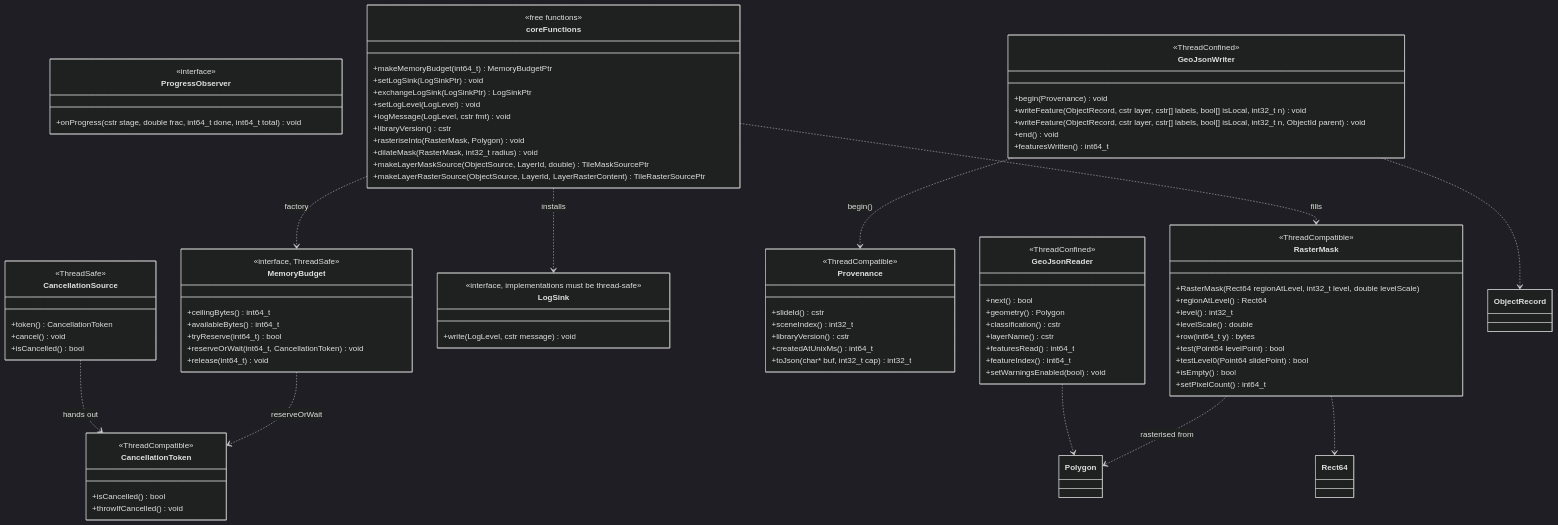
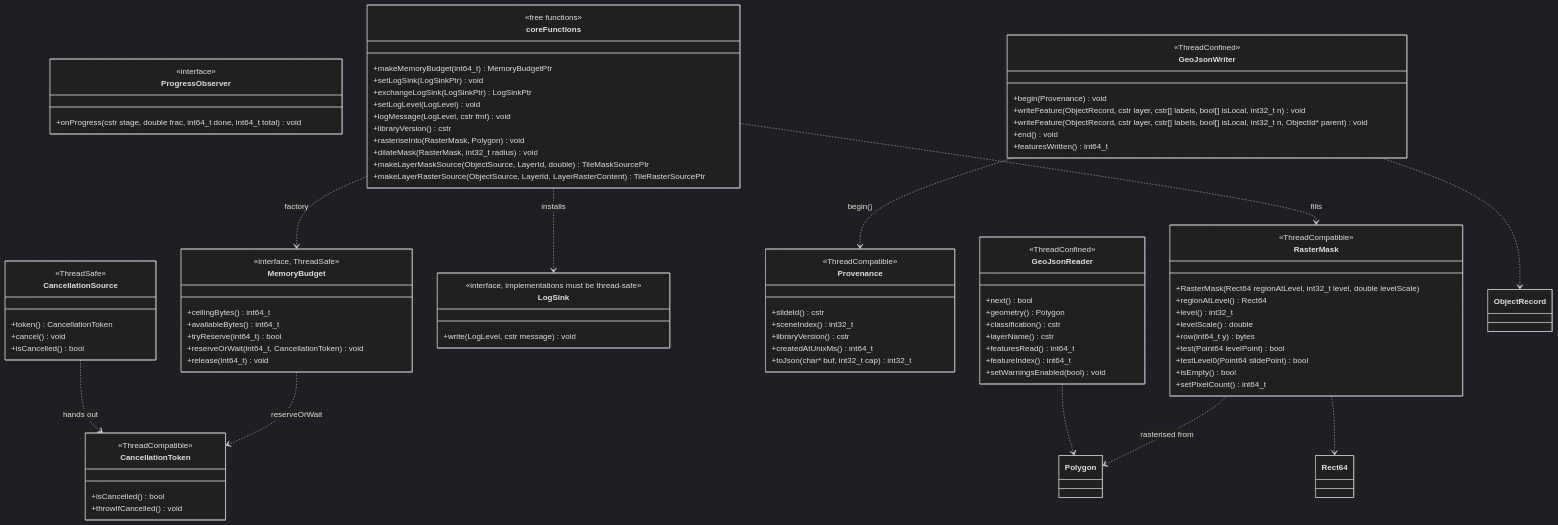
One commit to Booritas/slideio-processor changed the fifth of 14 diagrams in docs/superpowers/specs/sds/08-class-diagrams.md. Above: the diagram before and after it, drawn with Mermaid (dark theme). The commit also changed 18 other files, not shown here.

```diff
--- a/docs/superpowers/specs/sds/08-class-diagrams.md
+++ b/docs/superpowers/specs/sds/08-class-diagrams.md
@@ -542,7 +542,7 @@
         <<ThreadConfined>>
         +begin(Provenance) void
         +writeFeature(ObjectRecord, cstr layer, cstr[] labels, bool[] isLocal, int32_t n) void
-        +writeFeature(ObjectRecord, cstr layer, cstr[] labels, bool[] isLocal, int32_t n, ObjectId parent) void
+        +writeFeature(ObjectRecord, cstr layer, cstr[] labels, bool[] isLocal, int32_t n, ObjectId* parent) void
         +end() void
         +featuresWritten() int64_t
     }
```
